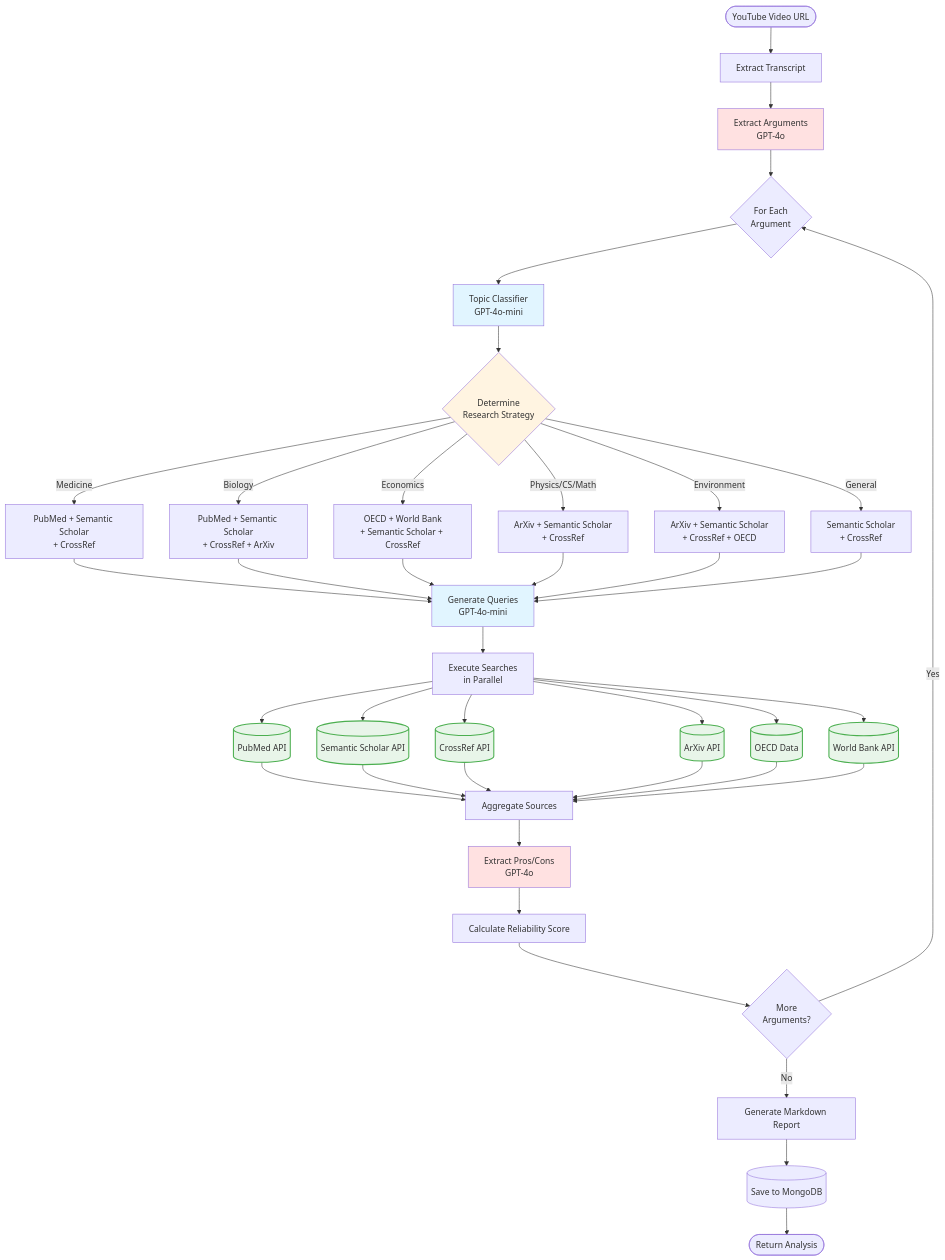
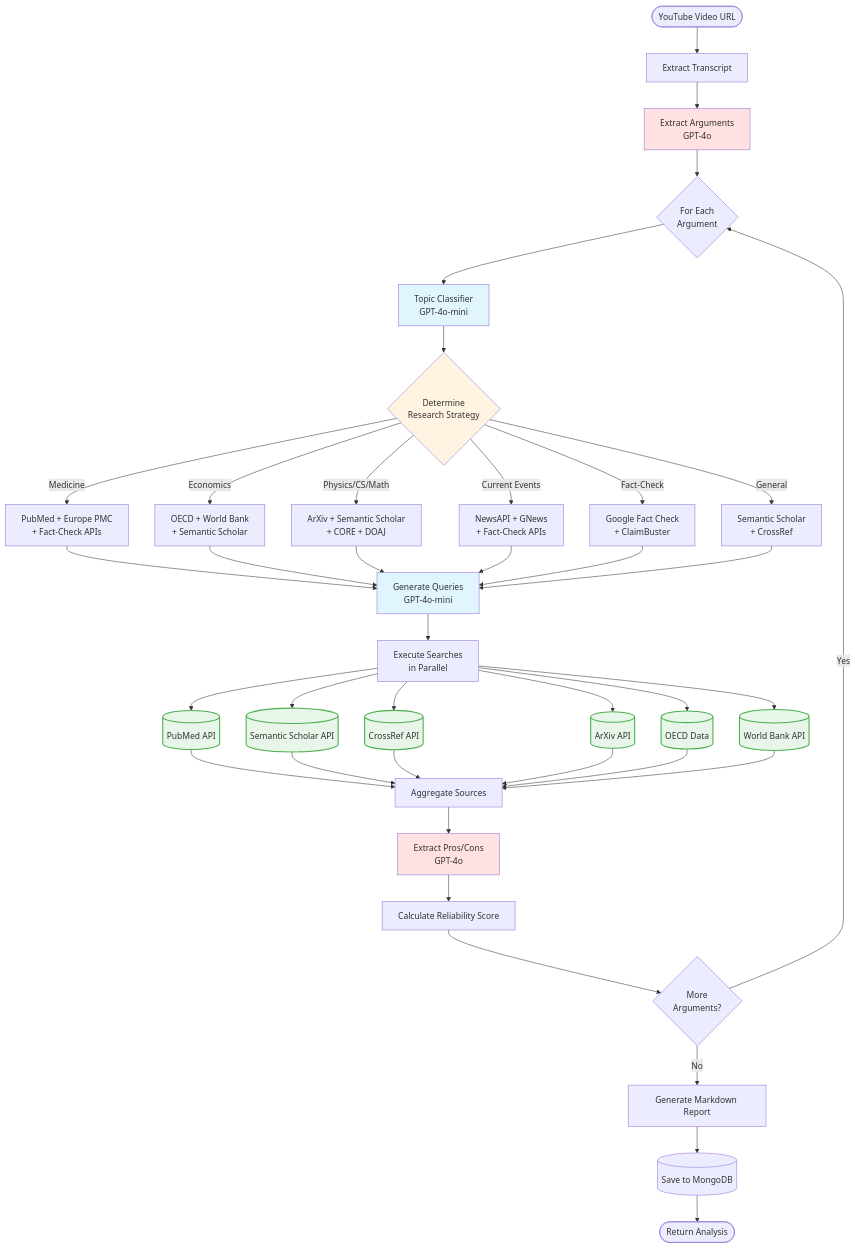
The diagram in README.md (Thomas-D40/video-analyzer-workflow), drawn with Mermaid before and after one commit. The commit also changed other lines of this file and 17 other files, not shown here.

````diff
--- a/README.md
+++ b/README.md
@@ -76,62 +98,62 @@
 ```mermaid
 graph TD
     Start([YouTube Video URL]) --> Extract[Extract Transcript]
     Extract --> Arguments[Extract Arguments<br/>GPT-4o]
 
     Arguments --> Loop{For Each<br/>Argument}
 
     Loop --> Classify[Topic Classifier<br/>GPT-4o-mini]
 
     Classify --> Strategy{Determine<br/>Research Strategy}
 
-    Strategy -->|Medicine| MedAgents[PubMed + Semantic Scholar<br/>+ CrossRef]
-    Strategy -->|Biology| BioAgents[PubMed + Semantic Scholar<br/>+ CrossRef + ArXiv]
-    Strategy -->|Economics| EconAgents[OECD + World Bank<br/>+ Semantic Scholar + CrossRef]
-    Strategy -->|Physics/CS/Math| SciAgents[ArXiv + Semantic Scholar<br/>+ CrossRef]
-    Strategy -->|Environment| EnvAgents[ArXiv + Semantic Scholar<br/>+ CrossRef + OECD]
+    Strategy -->|Medicine| MedAgents[PubMed + Europe PMC<br/>+ Fact-Check APIs]
+    Strategy -->|Economics| EconAgents[OECD + World Bank<br/>+ Semantic Scholar]
+    Strategy -->|Physics/CS/Math| SciAgents[ArXiv + Semantic Scholar<br/>+ CORE + DOAJ]
+    Strategy -->|Current Events| NewsAgents[NewsAPI + GNews<br/>+ Fact-Check APIs]
+    Strategy -->|Fact-Check| FactAgents[Google Fact Check<br/>+ ClaimBuster]
     Strategy -->|General| GenAgents[Semantic Scholar<br/>+ CrossRef]
 
     MedAgents --> QueryGen[Generate Queries<br/>GPT-4o-mini]
-    BioAgents --> QueryGen
     EconAgents --> QueryGen
     SciAgents --> QueryGen
-    EnvAgents --> QueryGen
+    NewsAgents --> QueryGen
+    FactAgents --> QueryGen
     GenAgents --> QueryGen
 
     QueryGen --> Search[Execute Searches<br/>in Parallel]
 
     Search --> PubMed[(PubMed API)]
     Search --> SemanticScholar[(Semantic Scholar API)]
     Search --> CrossRef[(CrossRef API)]
     Search --> ArXiv[(ArXiv API)]
     Search --> OECD[(OECD Data)]
     Search --> WorldBank[(World Bank API)]
 
     PubMed --> Aggregate[Aggregate Sources]
     SemanticScholar --> Aggregate
     CrossRef --> Aggregate
     ArXiv --> Aggregate
     OECD --> Aggregate
     WorldBank --> Aggregate
 
     Aggregate --> ProsCons[Extract Pros/Cons<br/>GPT-4o]
 
     ProsCons --> Reliability[Calculate Reliability Score]
 
     Reliability --> MoreArgs{More<br/>Arguments?}
 
     MoreArgs -->|Yes| Loop
     MoreArgs -->|No| Report[Generate Markdown Report]
 
     Report --> Cache[(Save to MongoDB)]
     Cache --> End([Return Analysis])
 
     style Classify fill:#e1f5ff
     style QueryGen fill:#e1f5ff
     style Arguments fill:#ffe1e1
     style ProsCons fill:#ffe1e1
     style Strategy fill:#fff4e1
 
     classDef apiNode fill:#e8f5e9,stroke:#4caf50,stroke-width:2px
     class PubMed,SemanticScholar,CrossRef,ArXiv,OECD,WorldBank apiNode
 ```
````
